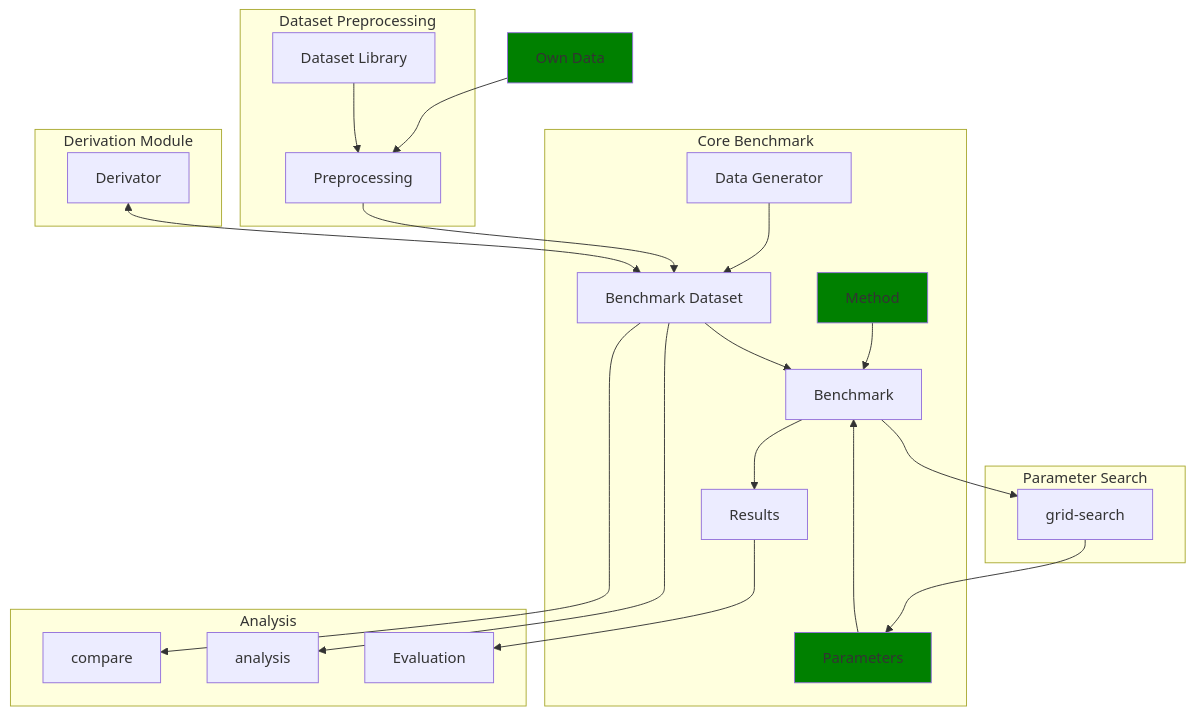
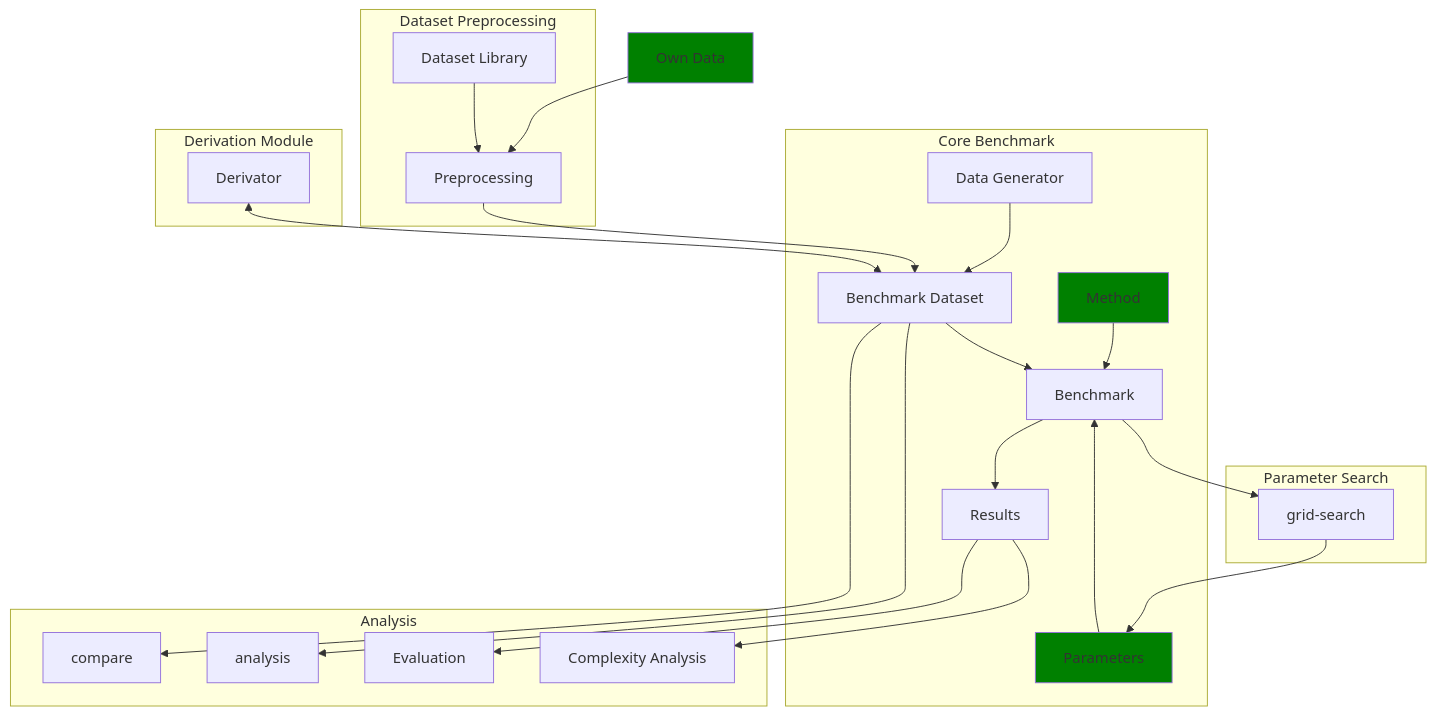
One commit to TUMT2022/LDIMBenchmark changed the diagram in docs/story/index.md. Above: the diagram before and after it, drawn with Mermaid.

````diff
--- a/docs/story/index.md
+++ b/docs/story/index.md
@@ -1,40 +1,41 @@
 ```mermaid
 graph TD;
   own_dataset[Own Data]-->preprocessing[Preprocessing];
   
   subgraph Core Benchmark
     generator[Data Generator]-->dataset;
 
     method[Method] --> benchmark
     parameters[Parameters] --> benchmark
     dataset-->benchmark[Benchmark];
 
     benchmark-->results[Results];
   end
 
   subgraph Dataset Preprocessing
     download[Dataset Library]-->preprocessing[Preprocessing];
     preprocessing-->dataset[Benchmark Dataset];
   end
 
   subgraph Parameter Search
     benchmark --> grid-search
     grid-search --> parameters
   end
 
   subgraph Derivation Module
      derivator[Derivator] <--> dataset
 
   end
 
   subgraph Analysis
     dataset --> compare
     dataset --> analysis
     results-->evaluation[Evaluation];
+    results-->complexity[Complexity Analysis];
     %% benchmark --> evaluation
 
   end
 style own_dataset fill:green
 style method fill:green
 style parameters fill:green
 ```
````
